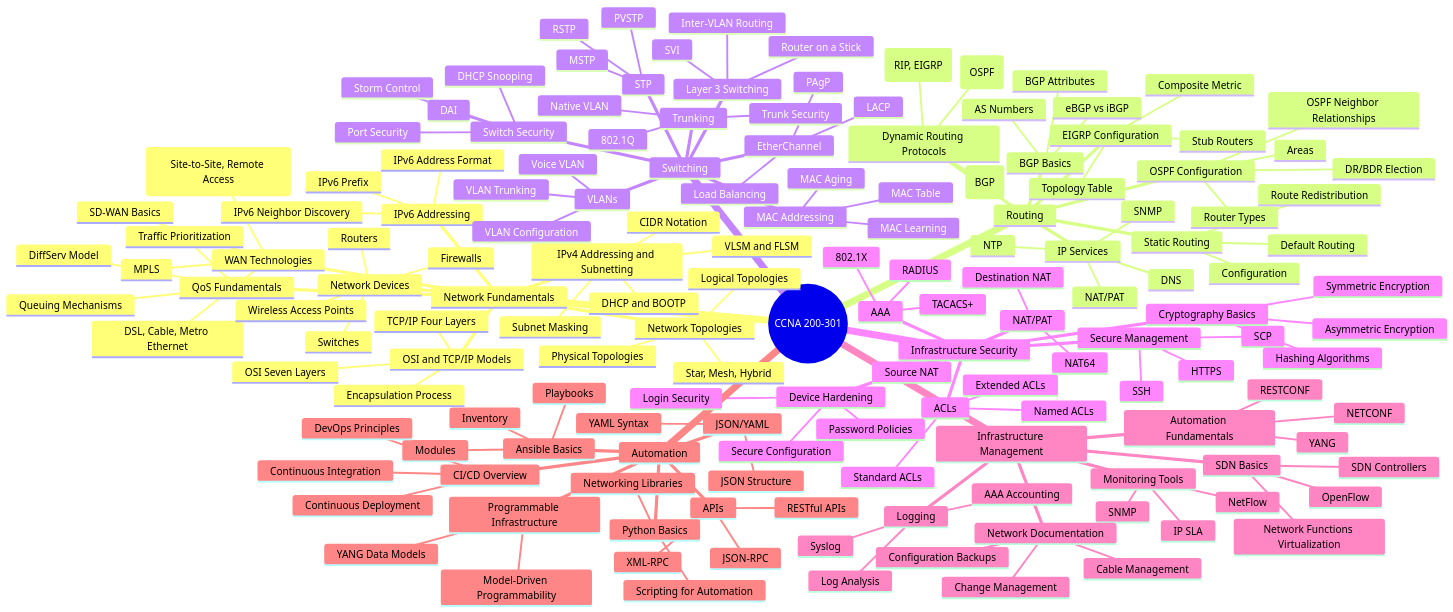
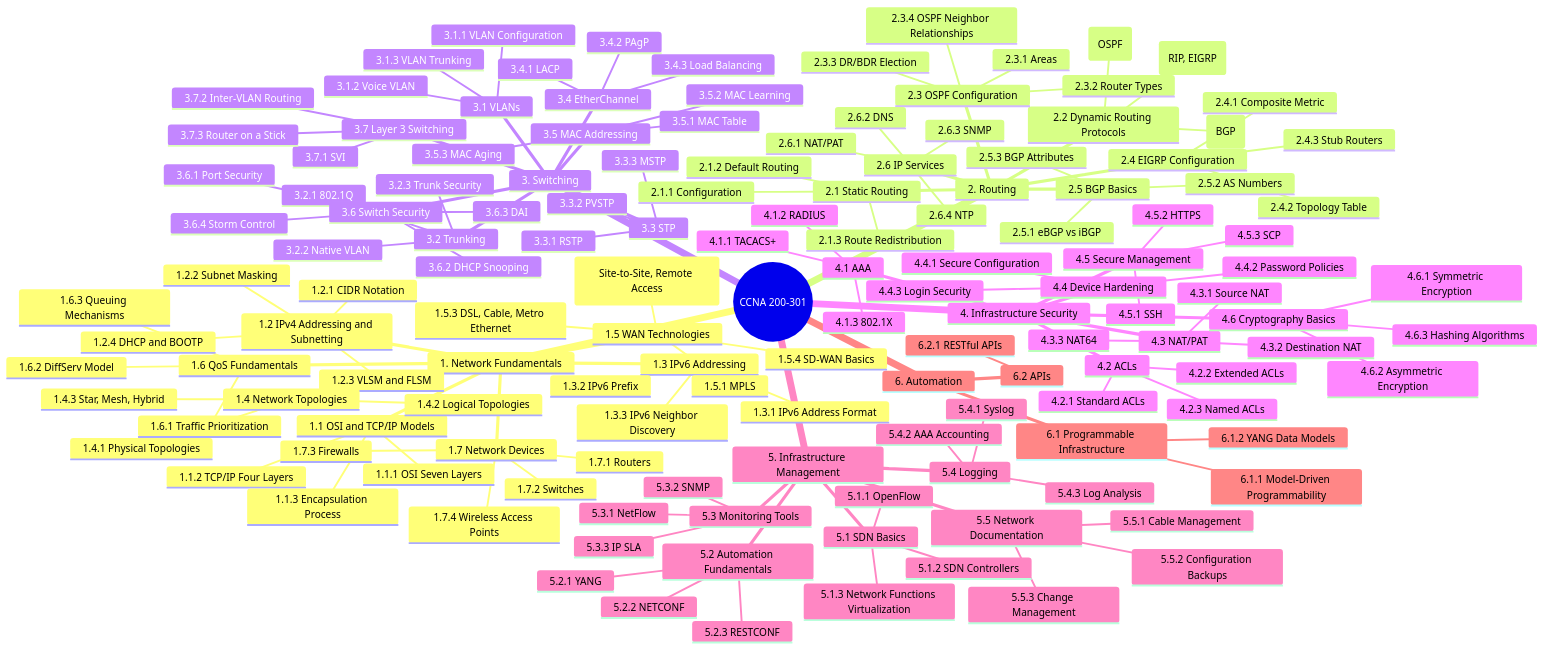
The diagram in Cisco/CCNA/200-301.md (sbzsilva/mindmap), drawn with Mermaid before and after one commit.

````diff
--- a/Cisco/CCNA/200-301.md
+++ b/Cisco/CCNA/200-301.md
@@ -1,161 +1,145 @@
 ```mermaid
 mindmap
   root((CCNA 200-301))
-    Network Fundamentals
-      OSI and TCP/IP Models
-        OSI Seven Layers
-        TCP/IP Four Layers
-        Encapsulation Process
-      IPv4 Addressing and Subnetting
-        CIDR Notation
-        Subnet Masking
-        VLSM and FLSM
-        DHCP and BOOTP
-      IPv6 Addressing
-        IPv6 Address Format
-        IPv6 Prefix
-        IPv6 Neighbor Discovery
-      Network Topologies
-        Physical Topologies
-        Logical Topologies
-        Star, Mesh, Hybrid
-      WAN Technologies
-        MPLS
-        VPN (Site-to-Site, Remote Access)
-        DSL, Cable, Metro Ethernet
-        SD-WAN Basics
-      QoS Fundamentals
-        Traffic Prioritization
-        DiffServ Model
-        Queuing Mechanisms
-      Network Devices
-        Routers
-        Switches
-        Firewalls
-        Wireless Access Points
-    Routing
-      Static Routing
-        Configuration
-        Default Routing
-        Route Redistribution
-      Dynamic Routing Protocols
-        Distance Vector (RIP, EIGRP)
-        Link-State (OSPF)
-        Path Vector (BGP)
-      OSPF Configuration
-        Areas
-        Router Types
-        DR/BDR Election
-        OSPF Neighbor Relationships
-      EIGRP Configuration
-        Composite Metric
-        Topology Table
-        Stub Routers
-      BGP Basics
-        eBGP vs iBGP
-        AS Numbers
-        BGP Attributes
-      IP Services
-        NAT/PAT
-        DNS
-        SNMP
-        NTP
-    Switching
-      VLANs
-        VLAN Configuration
-        Voice VLAN
-        VLAN Trunking
-      Trunking
-        802.1Q
-        Native VLAN
-        Trunk Security
-      STP
-        RSTP
-        PVSTP
-        MSTP
-      EtherChannel
-        LACP
-        PAgP
-        Load Balancing
-      MAC Addressing
-        MAC Table
-        MAC Learning
-        MAC Aging
-      Switch Security
-        Port Security
-        DHCP Snooping
-        DAI
-        Storm Control
-      Layer 3 Switching
-        SVI
-        Inter-VLAN Routing
-        Router on a Stick
-    Infrastructure Security
-      AAA
-        TACACS+
-        RADIUS
-        802.1X
-      ACLs
-        Standard ACLs
-        Extended ACLs
-        Named ACLs
-      NAT/PAT
-        Source NAT
-        Destination NAT
-        NAT64
-      Device Hardening
-        Secure Configuration
-        Password Policies
-        Login Security
-      Secure Management
-        SSH
-        HTTPS
-        SCP
-      Cryptography Basics
-        Symmetric Encryption
-        Asymmetric Encryption
-        Hashing Algorithms
-    Infrastructure Management
-      SDN Basics
-        OpenFlow
-        SDN Controllers
-        Network Functions Virtualization
-      Automation Fundamentals
-        YANG
-        NETCONF
-        RESTCONF
-      Monitoring Tools
-        NetFlow
-        SNMP
-        IP SLA
-      Logging
-        Syslog
-        AAA Accounting
-        Log Analysis
-      Network Documentation
-        Cable Management
-        Configuration Backups
-        Change Management
-    Automation
-      Programmable Infrastructure
-        Model-Driven Programmability
-        YANG Data Models
-      APIs
-        RESTful APIs
-        JSON-RPC
-        XML-RPC
-      JSON/YAML
-        JSON Structure
-        YAML Syntax
-      Ansible Basics
-        Playbooks
-        Modules
-        Inventory
-      Python Basics
-        Networking Libraries
-        Scripting for Automation
-      CI/CD Overview
-        DevOps Principles
-        Continuous Integration
-        Continuous Deployment
+    1. Network Fundamentals
+      1.1 OSI and TCP/IP Models
+        1.1.1 OSI Seven Layers
+        1.1.2 TCP/IP Four Layers
+        1.1.3 Encapsulation Process
+      1.2 IPv4 Addressing and Subnetting
+        1.2.1 CIDR Notation
+        1.2.2 Subnet Masking
+        1.2.3 VLSM and FLSM
+        1.2.4 DHCP and BOOTP
+      1.3 IPv6 Addressing
+        1.3.1 IPv6 Address Format
+        1.3.2 IPv6 Prefix
+        1.3.3 IPv6 Neighbor Discovery
+      1.4 Network Topologies
+        1.4.1 Physical Topologies
+        1.4.2 Logical Topologies
+        1.4.3 Star, Mesh, Hybrid
+      1.5 WAN Technologies
+        1.5.1 MPLS
+        1.5.2 VPN (Site-to-Site, Remote Access)
+        1.5.3 DSL, Cable, Metro Ethernet
+        1.5.4 SD-WAN Basics
+      1.6 QoS Fundamentals
+        1.6.1 Traffic Prioritization
+        1.6.2 DiffServ Model
+        1.6.3 Queuing Mechanisms
+      1.7 Network Devices
+        1.7.1 Routers
+        1.7.2 Switches
+        1.7.3 Firewalls
+        1.7.4 Wireless Access Points
+    2. Routing
+      2.1 Static Routing
+        2.1.1 Configuration
+        2.1.2 Default Routing
+        2.1.3 Route Redistribution
+      2.2 Dynamic Routing Protocols
+        2.2.1 Distance Vector (RIP, EIGRP)
+        2.2.2 Link-State (OSPF)
+        2.2.3 Path Vector (BGP)
+      2.3 OSPF Configuration
+        2.3.1 Areas
+        2.3.2 Router Types
+        2.3.3 DR/BDR Election
+        2.3.4 OSPF Neighbor Relationships
+      2.4 EIGRP Configuration
+        2.4.1 Composite Metric
+        2.4.2 Topology Table
+        2.4.3 Stub Routers
+      2.5 BGP Basics
+        2.5.1 eBGP vs iBGP
+        2.5.2 AS Numbers
+        2.5.3 BGP Attributes
+      2.6 IP Services
+        2.6.1 NAT/PAT
+        2.6.2 DNS
+        2.6.3 SNMP
+        2.6.4 NTP
+    3. Switching
+      3.1 VLANs
+        3.1.1 VLAN Configuration
+        3.1.2 Voice VLAN
+        3.1.3 VLAN Trunking
+      3.2 Trunking
+        3.2.1 802.1Q
+        3.2.2 Native VLAN
+        3.2.3 Trunk Security
+      3.3 STP
+        3.3.1 RSTP
+        3.3.2 PVSTP
+        3.3.3 MSTP
+      3.4 EtherChannel
+        3.4.1 LACP
+        3.4.2 PAgP
+        3.4.3 Load Balancing
+      3.5 MAC Addressing
+        3.5.1 MAC Table
+        3.5.2 MAC Learning
+        3.5.3 MAC Aging
+      3.6 Switch Security
+        3.6.1 Port Security
+        3.6.2 DHCP Snooping
+        3.6.3 DAI
+        3.6.4 Storm Control
+      3.7 Layer 3 Switching
+        3.7.1 SVI
+        3.7.2 Inter-VLAN Routing
+        3.7.3 Router on a Stick
+    4. Infrastructure Security
+      4.1 AAA
+        4.1.1 TACACS+
+        4.1.2 RADIUS
+        4.1.3 802.1X
+      4.2 ACLs
+        4.2.1 Standard ACLs
+        4.2.2 Extended ACLs
+        4.2.3 Named ACLs
+      4.3 NAT/PAT
+        4.3.1 Source NAT
+        4.3.2 Destination NAT
+        4.3.3 NAT64
+      4.4 Device Hardening
+        4.4.1 Secure Configuration
+        4.4.2 Password Policies
+        4.4.3 Login Security
+      4.5 Secure Management
+        4.5.1 SSH
+        4.5.2 HTTPS
+        4.5.3 SCP
+      4.6 Cryptography Basics
+        4.6.1 Symmetric Encryption
+        4.6.2 Asymmetric Encryption
+        4.6.3 Hashing Algorithms
+    5. Infrastructure Management
+      5.1 SDN Basics
+        5.1.1 OpenFlow
+        5.1.2 SDN Controllers
+        5.1.3 Network Functions Virtualization
+      5.2 Automation Fundamentals
+        5.2.1 YANG
+        5.2.2 NETCONF
+        5.2.3 RESTCONF
+      5.3 Monitoring Tools
+        5.3.1 NetFlow
+        5.3.2 SNMP
+        5.3.3 IP SLA
+      5.4 Logging
+        5.4.1 Syslog
+        5.4.2 AAA Accounting
+        5.4.3 Log Analysis
+      5.5 Network Documentation
+        5.5.1 Cable Management
+        5.5.2 Configuration Backups
+        5.5.3 Change Management
+    6. Automation
+      6.1 Programmable Infrastructure
+        6.1.1 Model-Driven Programmability
+        6.1.2 YANG Data Models
+      6.2 APIs
+        6.2.1 RESTful APIs
 ```
````
